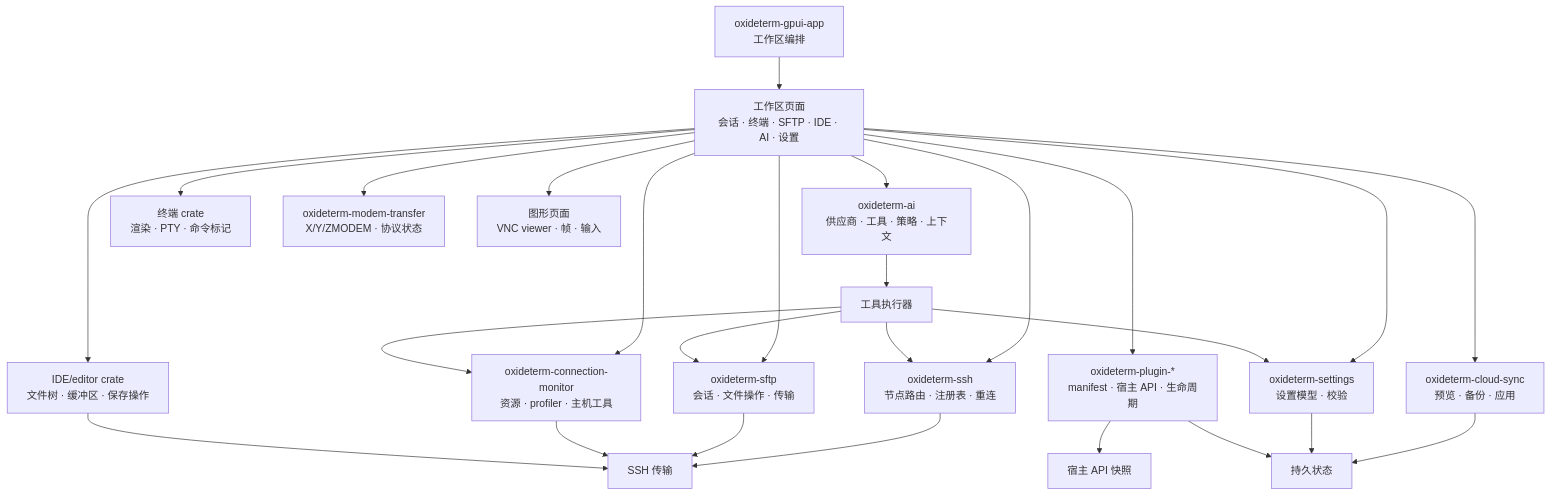
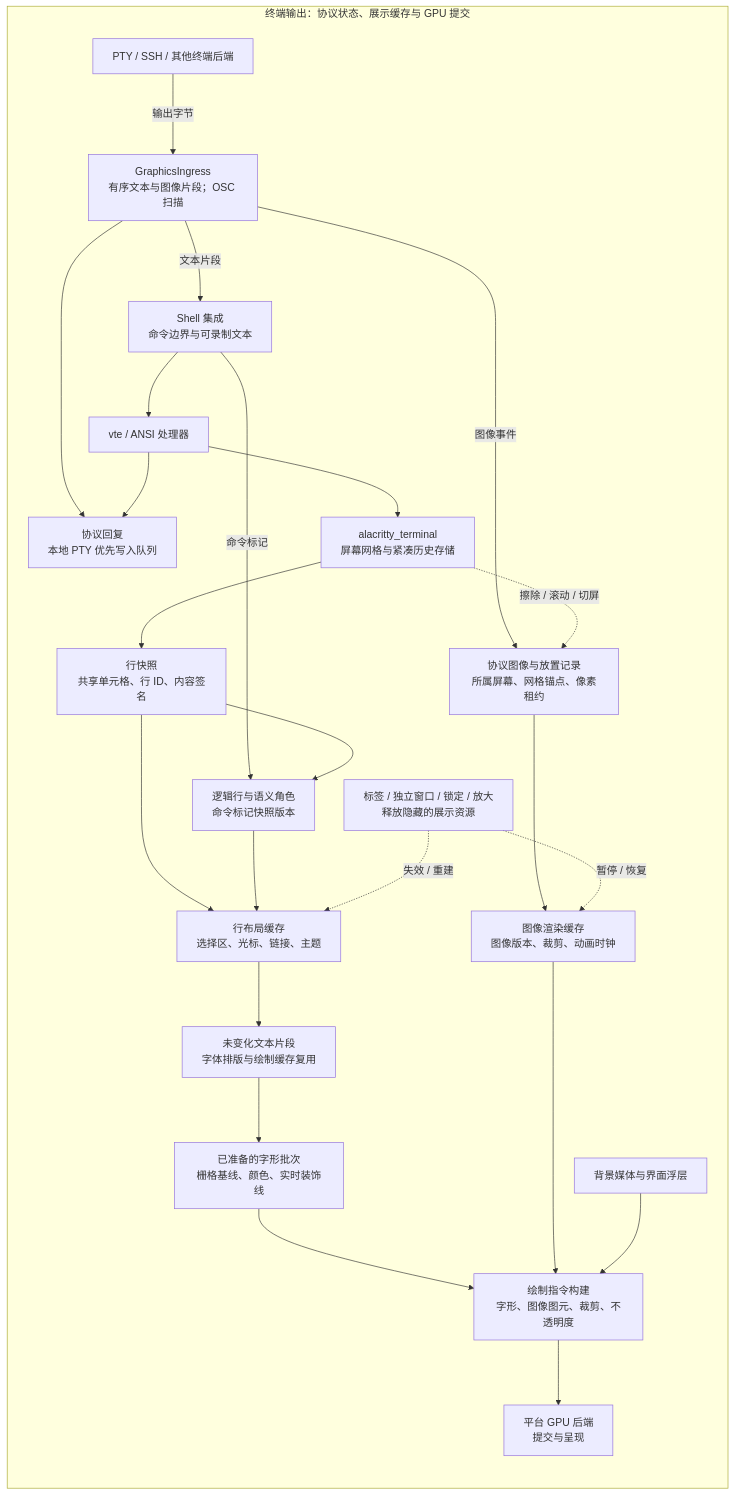
One commit to AnalyseDeCircuit/oxideterm changed the ninth of 46 diagrams in docs/user-guide/zh-Hans/architecture.md. Above: the diagram before and after it, drawn with Mermaid. The commit also changed other lines of this file and 1 other file, not shown here.

Commit message:
docs(architecture): expand native subsystem diagrams and ownership flows

````diff
--- a/docs/user-guide/zh-Hans/architecture.md
+++ b/docs/user-guide/zh-Hans/architecture.md
@@ -1093,30 +710,47 @@
 ```mermaid
+%%{init: {"layout": "dagre", "flowchart": {"nodeSpacing": 45, "rankSpacing": 75, "curve": "basis"}}}%%
 flowchart TB
-    Workspace["oxideterm-gpui-app<br/>工作区编排"] --> AppSurfaces["工作区页面<br/>会话 · 终端 · SFTP · IDE · AI · 设置"]
+    subgraph TerminalFlow["终端输出：协议状态、展示缓存与 GPU 提交"]
+        direction TB
+        Transport["PTY / SSH / 其他终端后端"]
+        Ingress["GraphicsIngress<br/>有序文本与图像片段；OSC 扫描"]
+        ShellMarks["Shell 集成<br/>命令边界与可录制文本"]
+        Parser["vte / ANSI 处理器"]
+        TextGrid["alacritty_terminal<br/>屏幕网格与紧凑历史存储"]
+        Snapshot["行快照<br/>共享单元格、行 ID、内容签名"]
+        Roles["逻辑行与语义角色<br/>命令标记快照版本"]
+        RowLayout["行布局缓存<br/>选择区、光标、链接、主题"]
+        RunCache["未变化文本片段<br/>字体排版与绘制缓存复用"]
+        GlyphBatch["已准备的字形批次<br/>栅格基线、颜色、实时装饰线"]
+        Scene["绘制指令构建<br/>字形、图像图元、裁剪、不透明度"]
+        GPU["平台 GPU 后端<br/>提交与呈现"]
+        ProtocolImages["协议图像与放置记录<br/>所属屏幕、网格锚点、像素租约"]
+        ImageCache["图像渲染缓存<br/>图像版本、裁剪、动画时钟"]
+        Replies["协议回复<br/>本地 PTY 优先写入队列"]
+        Visibility["标签 / 独立窗口 / 锁定 / 放大<br/>释放隐藏的展示资源"]
+        Background["背景媒体与界面浮层"]
+    end
 
-    AppSurfaces --> SshDomain["oxideterm-ssh<br/>节点路由 · 注册表 · 重连"]
-    AppSurfaces --> SftpDomain["oxideterm-sftp<br/>会话 · 文件操作 · 传输"]
-    AppSurfaces --> MonitorDomain["oxideterm-connection-monitor<br/>资源 · profiler · 主机工具"]
-    AppSurfaces --> AiDomain["oxideterm-ai<br/>供应商 · 工具 · 策略 · 上下文"]
-    AppSurfaces --> SettingsDomain["oxideterm-settings<br/>设置模型 · 校验"]
-    AppSurfaces --> PluginDomain["oxideterm-plugin-*<br/>manifest · 宿主 API · 生命周期"]
-    AppSurfaces --> SyncDomain["oxideterm-cloud-sync<br/>预览 · 备份 · 应用"]
-    AppSurfaces --> TerminalDomain["终端 crate<br/>渲染 · PTY · 命令标记"]
-    AppSurfaces --> ModemDomain["oxideterm-modem-transfer<br/>X/Y/ZMODEM · 协议状态"]
-    AppSurfaces --> GraphicsDomain["图形页面<br/>VNC viewer · 帧 · 输入"]
-    AppSurfaces --> IdeDomain["IDE/editor crate<br/>文件树 · 缓冲区 · 保存操作"]
-
-    SshDomain --> SshTransport["SSH 传输"]
-    SftpDomain --> SshTransport
-    MonitorDomain --> SshTransport
-    IdeDomain --> SshTransport
-    PluginDomain --> HostApi["宿主 API 快照"]
-    AiDomain --> ToolExecutor["工具执行器"]
-    ToolExecutor --> SshDomain
-    ToolExecutor --> SftpDomain
-    ToolExecutor --> MonitorDomain
-    ToolExecutor --> SettingsDomain
-    SyncDomain --> DurableState["持久状态"]
-    SettingsDomain --> DurableState
-    PluginDomain --> DurableState
+    Transport -->|输出字节| Ingress
+    Ingress -->|文本片段| ShellMarks
+    Ingress -->|图像事件| ProtocolImages
+    Ingress --> Replies
+    ShellMarks --> Parser
+    ShellMarks -->|命令标记| Roles
+    Parser --> TextGrid
+    Parser --> Replies
+    TextGrid --> Snapshot
+    TextGrid -.->|擦除 / 滚动 / 切屏| ProtocolImages
+    Snapshot --> Roles
+    Snapshot --> RowLayout
+    Roles --> RowLayout
+    RowLayout --> RunCache
+    RunCache --> GlyphBatch
+    GlyphBatch --> Scene
+    Scene --> GPU
+    ProtocolImages --> ImageCache
+    ImageCache --> Scene
+    Visibility -.->|失效 / 重建| RowLayout
+    Visibility -.->|暂停 / 恢复| ImageCache
+    Background --> Scene
 ```
````
